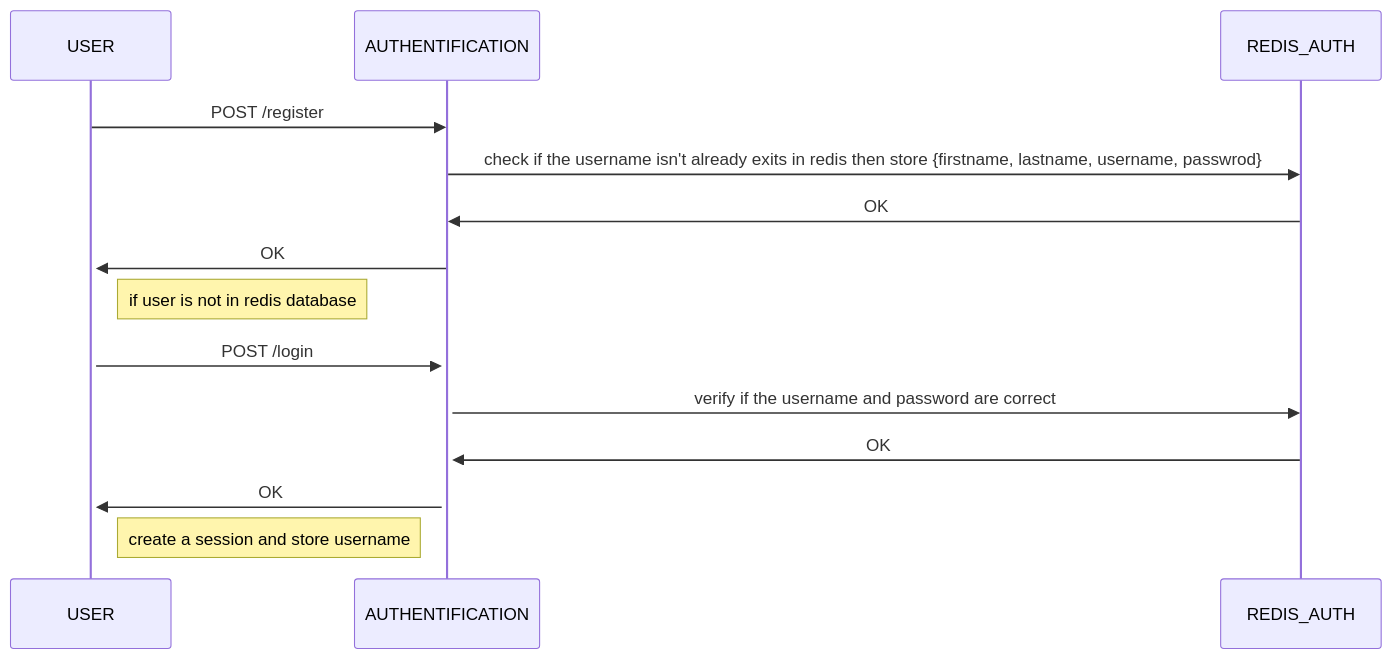
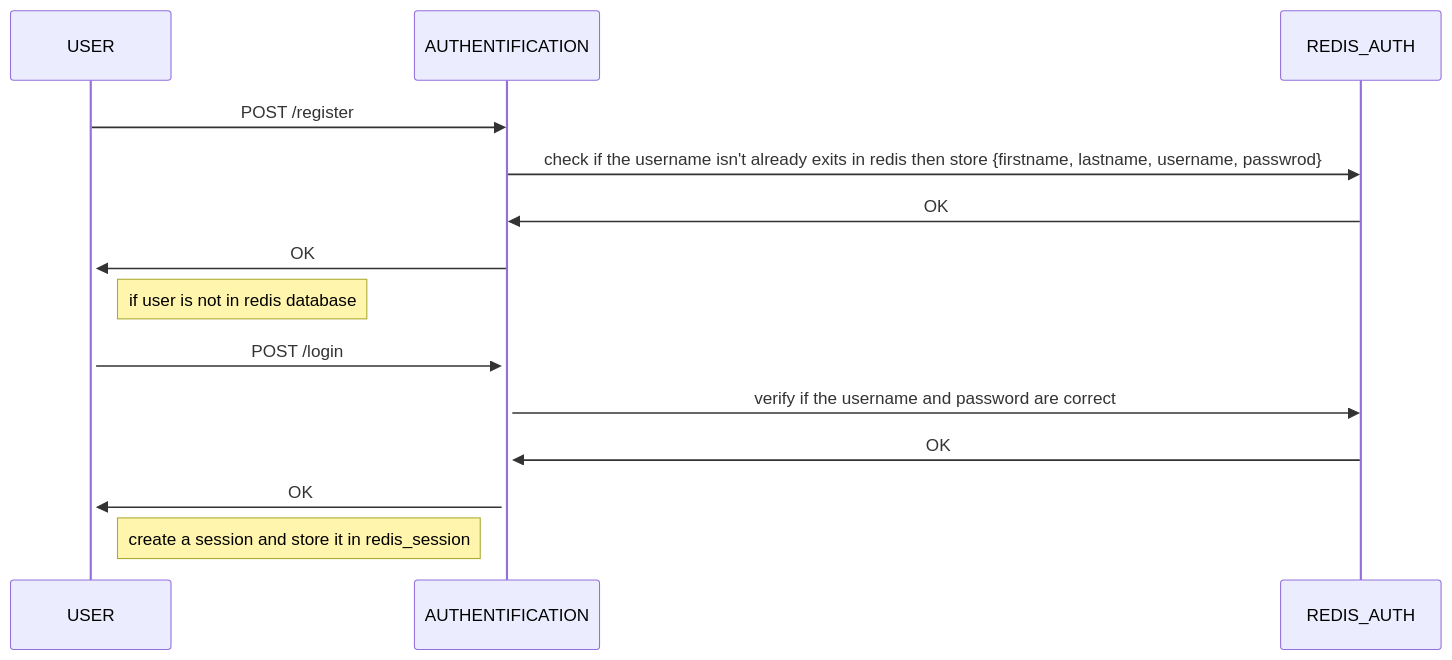
The first of 3 diagrams in README.md (essadany/motus), drawn with Mermaid before and after one commit. The commit also changed other lines of this file, not shown here.

````diff
--- a/README.md
+++ b/README.md
@@ -2,13 +2,13 @@
 ```mermaid
 sequenceDiagram
     USER->>AUTHENTIFICATION:POST /register
     AUTHENTIFICATION->>REDIS_AUTH: check if the username isn't already exits in redis then store {firstname, lastname, username, passwrod}
     REDIS_AUTH->>AUTHENTIFICATION:OK
     AUTHENTIFICATION->>+USER:OK
     note right of USER : if user is not in redis database
     USER->>+AUTHENTIFICATION: POST /login
     AUTHENTIFICATION->>REDIS_AUTH: verify if the username and password are correct
     REDIS_AUTH->>AUTHENTIFICATION: OK
     AUTHENTIFICATION->>USER:OK
-    note left of AUTHENTIFICATION: create a session and store username
+    note left of AUTHENTIFICATION: create a session and store it in redis_session
 ```
````
